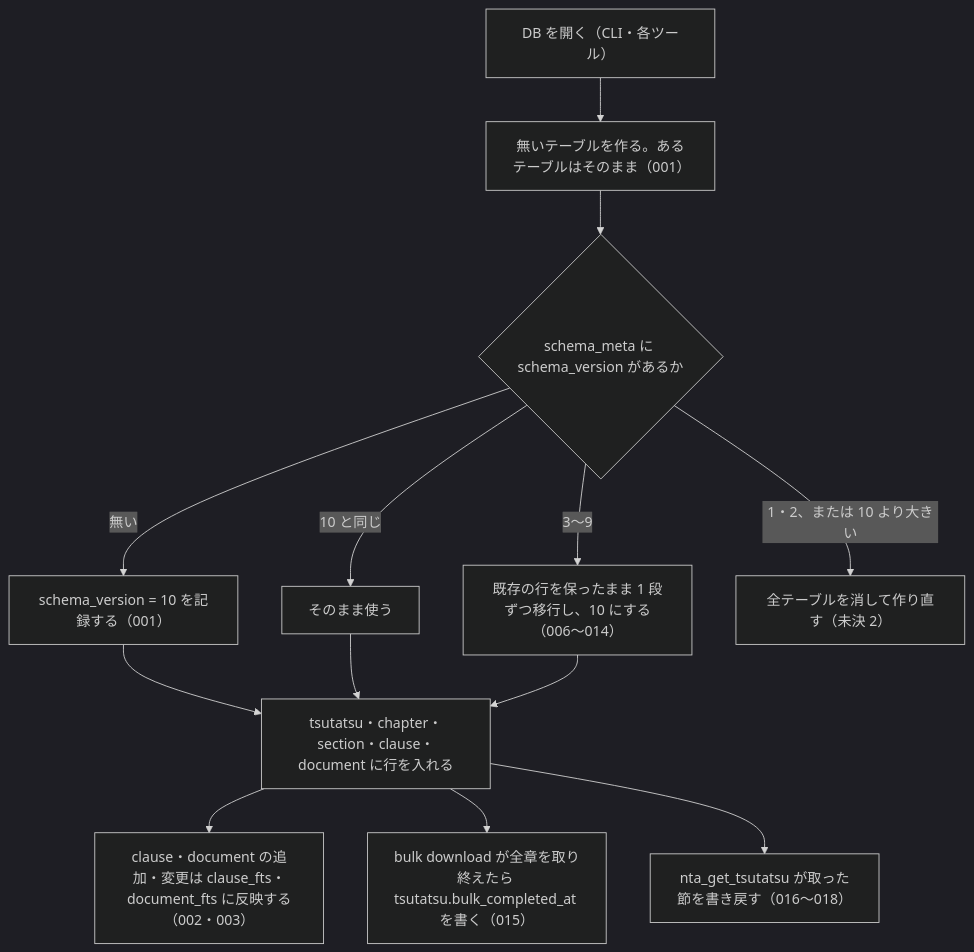
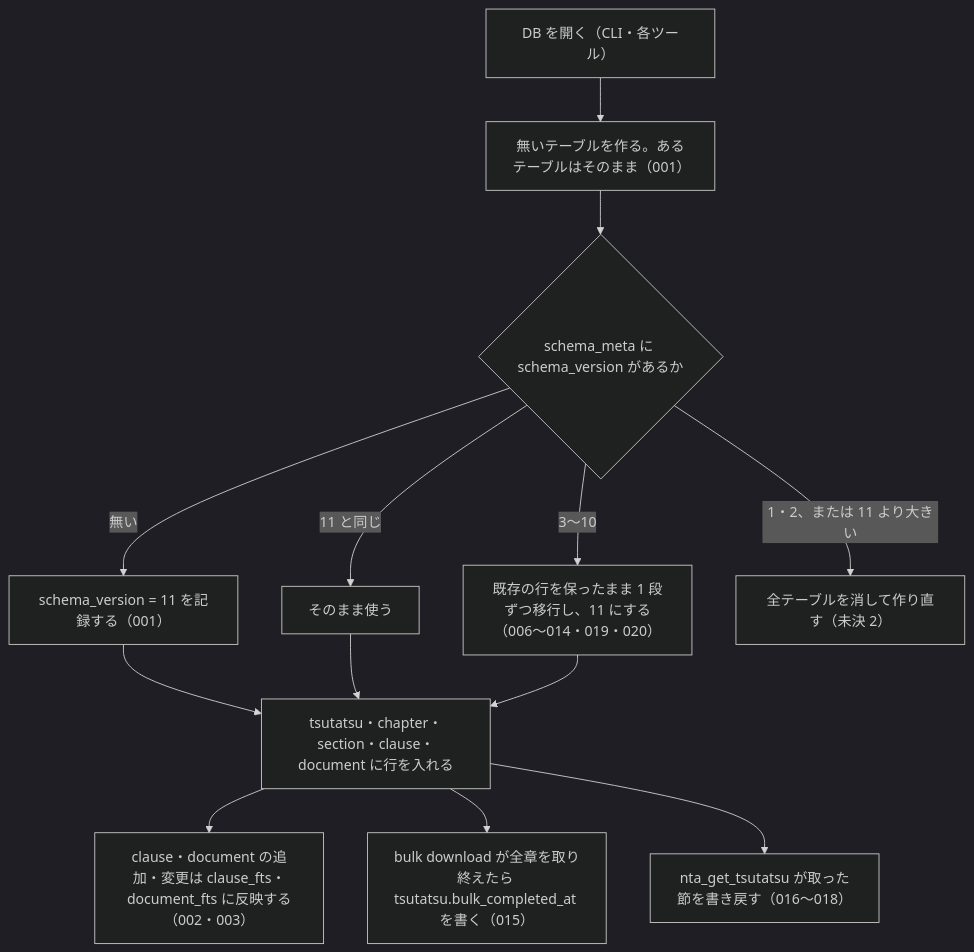
Before and after one commit to shuji-bonji/houki-nta-mcp: the diagram in specs/current/db_schema/spec.md, drawn with Mermaid (dark theme). The commit also changed other lines of this file and 21 other files, not shown here.

````diff
--- a/specs/current/db_schema/spec.md
+++ b/specs/current/db_schema/spec.md
@@ -34,15 +34,15 @@
 ```mermaid
 flowchart TD
   A["DB を開く（CLI・各ツール）"] --> B["無いテーブルを作る。あるテーブルはそのまま（001）"]
   B --> C{"schema_meta に schema_version があるか"}
-  C -- 無い --> D["schema_version = 10 を記録する（001）"]
-  C -- "10 と同じ" --> E["そのまま使う"]
-  C -- "3〜9" --> F["既存の行を保ったまま 1 段ずつ移行し、10 にする（006〜014）"]
-  C -- "1・2、または 10 より大きい" --> G["全テーブルを消して作り直す（未決 2）"]
+  C -- 無い --> D["schema_version = 11 を記録する（001）"]
+  C -- "11 と同じ" --> E["そのまま使う"]
+  C -- "3〜10" --> F["既存の行を保ったまま 1 段ずつ移行し、11 にする（006〜014・019・020）"]
+  C -- "1・2、または 11 より大きい" --> G["全テーブルを消して作り直す（未決 2）"]
   D --> H["tsutatsu・chapter・section・clause・document に行を入れる"]
   E --> H
   F --> H
   H --> I["clause・document の追加・変更は clause_fts・document_fts に反映する（002・003）"]
   H --> J["bulk download が全章を取り終えたら tsutatsu.bulk_completed_at を書く（015）"]
   H --> K["nta_get_tsutatsu が取った節を書き戻す（016〜018）"]
 ```
````
